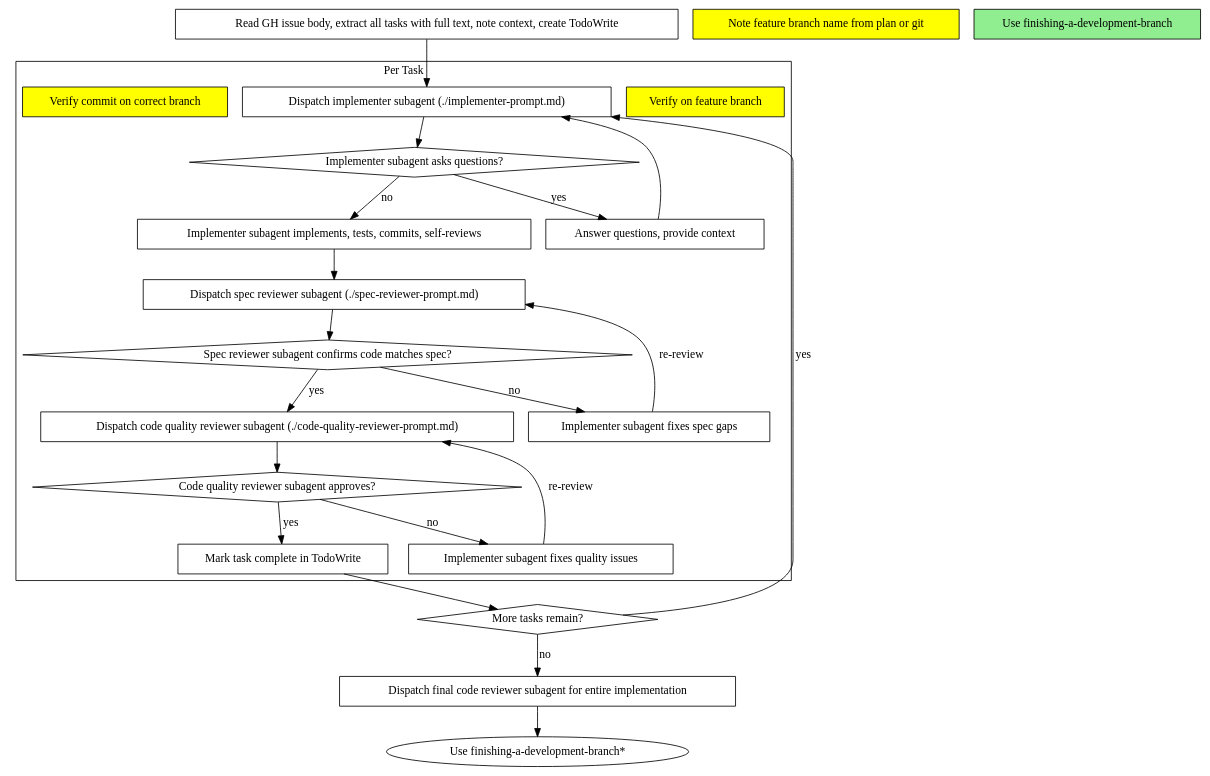
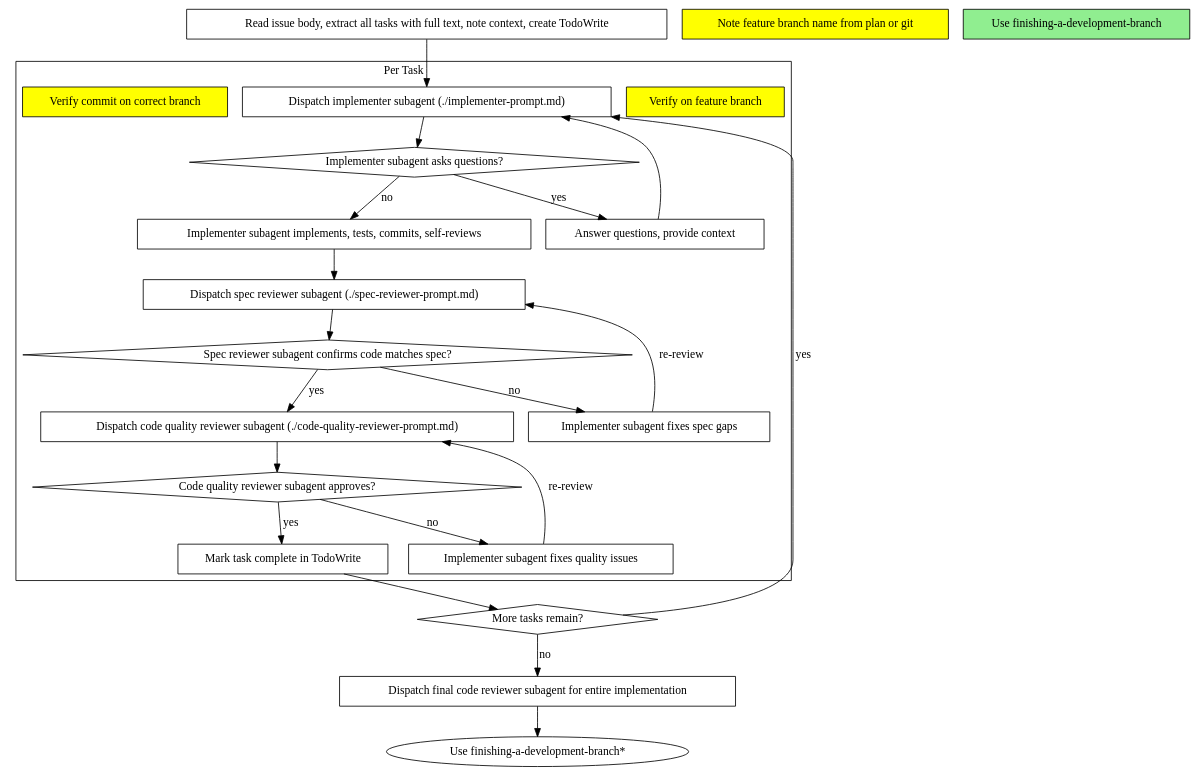
One commit to stevegrocott/claude-pipeline changed the second of 2 diagrams in .claude/skills/subagent-driven-development/SKILL.md. Above: the diagram before and after it, drawn with Graphviz. The commit also changed other lines of this file and 34 other files, not shown here.

````diff
--- a/.claude/skills/subagent-driven-development/SKILL.md
+++ b/.claude/skills/subagent-driven-development/SKILL.md
@@ -46,47 +46,47 @@
 ```dot
 digraph process {
     rankdir=TB;
 
     subgraph cluster_per_task {
         label="Per Task";
         "Verify on feature branch" [shape=box style=filled fillcolor=yellow];
         "Dispatch implementer subagent (./implementer-prompt.md)" [shape=box];
         "Implementer subagent asks questions?" [shape=diamond];
         "Answer questions, provide context" [shape=box];
         "Implementer subagent implements, tests, commits, self-reviews" [shape=box];
         "Verify commit on correct branch" [shape=box style=filled fillcolor=yellow];
         "Dispatch spec reviewer subagent (./spec-reviewer-prompt.md)" [shape=box];
         "Spec reviewer subagent confirms code matches spec?" [shape=diamond];
         "Implementer subagent fixes spec gaps" [shape=box];
         "Dispatch code quality reviewer subagent (./code-quality-reviewer-prompt.md)" [shape=box];
         "Code quality reviewer subagent approves?" [shape=diamond];
         "Implementer subagent fixes quality issues" [shape=box];
         "Mark task complete in TodoWrite" [shape=box];
     }
 
     "Note feature branch name from plan or git" [shape=box style=filled fillcolor=yellow];
-    "Read GH issue body, extract all tasks with full text, note context, create TodoWrite" [shape=box];
+    "Read issue body, extract all tasks with full text, note context, create TodoWrite" [shape=box];
     "More tasks remain?" [shape=diamond];
     "Dispatch final code reviewer subagent for entire implementation" [shape=box];
     "Use finishing-a-development-branch" [shape=box style=filled fillcolor=lightgreen];
 
-    "Read GH issue body, extract all tasks with full text, note context, create TodoWrite" -> "Dispatch implementer subagent (./implementer-prompt.md)";
+    "Read issue body, extract all tasks with full text, note context, create TodoWrite" -> "Dispatch implementer subagent (./implementer-prompt.md)";
     "Dispatch implementer subagent (./implementer-prompt.md)" -> "Implementer subagent asks questions?";
     "Implementer subagent asks questions?" -> "Answer questions, provide context" [label="yes"];
     "Answer questions, provide context" -> "Dispatch implementer subagent (./implementer-prompt.md)";
     "Implementer subagent asks questions?" -> "Implementer subagent implements, tests, commits, self-reviews" [label="no"];
     "Implementer subagent implements, tests, commits, self-reviews" -> "Dispatch spec reviewer subagent (./spec-reviewer-prompt.md)";
     "Dispatch spec reviewer subagent (./spec-reviewer-prompt.md)" -> "Spec reviewer subagent confirms code matches spec?";
     "Spec reviewer subagent confirms code matches spec?" -> "Implementer subagent fixes spec gaps" [label="no"];
     "Implementer subagent fixes spec gaps" -> "Dispatch spec reviewer subagent (./spec-reviewer-prompt.md)" [label="re-review"];
     "Spec reviewer subagent confirms code matches spec?" -> "Dispatch code quality reviewer subagent (./code-quality-reviewer-prompt.md)" [label="yes"];
     "Dispatch code quality reviewer subagent (./code-quality-reviewer-prompt.md)" -> "Code quality reviewer subagent approves?";
     "Code quality reviewer subagent approves?" -> "Implementer subagent fixes quality issues" [label="no"];
     "Implementer subagent fixes quality issues" -> "Dispatch code quality reviewer subagent (./code-quality-reviewer-prompt.md)" [label="re-review"];
     "Code quality reviewer subagent approves?" -> "Mark task complete in TodoWrite" [label="yes"];
     "Mark task complete in TodoWrite" -> "More tasks remain?";
     "More tasks remain?" -> "Dispatch implementer subagent (./implementer-prompt.md)" [label="yes"];
     "More tasks remain?" -> "Dispatch final code reviewer subagent for entire implementation" [label="no"];
     "Dispatch final code reviewer subagent for entire implementation" -> "Use finishing-a-development-branch*";
 }
 ```
````
